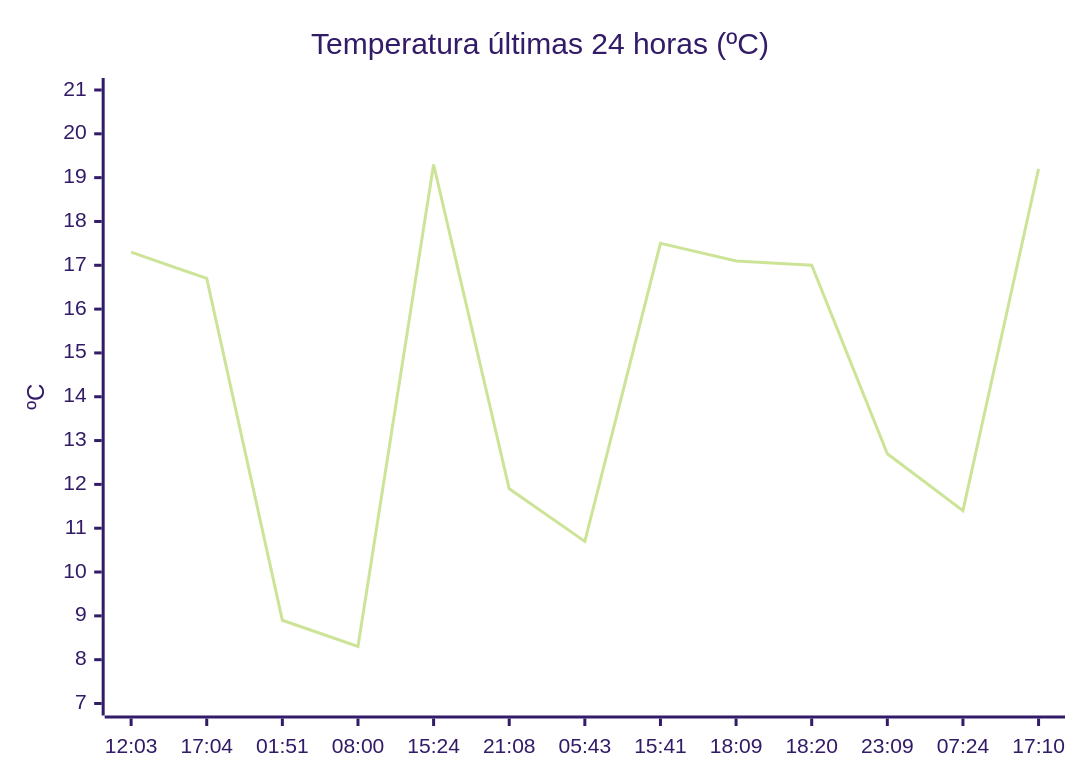
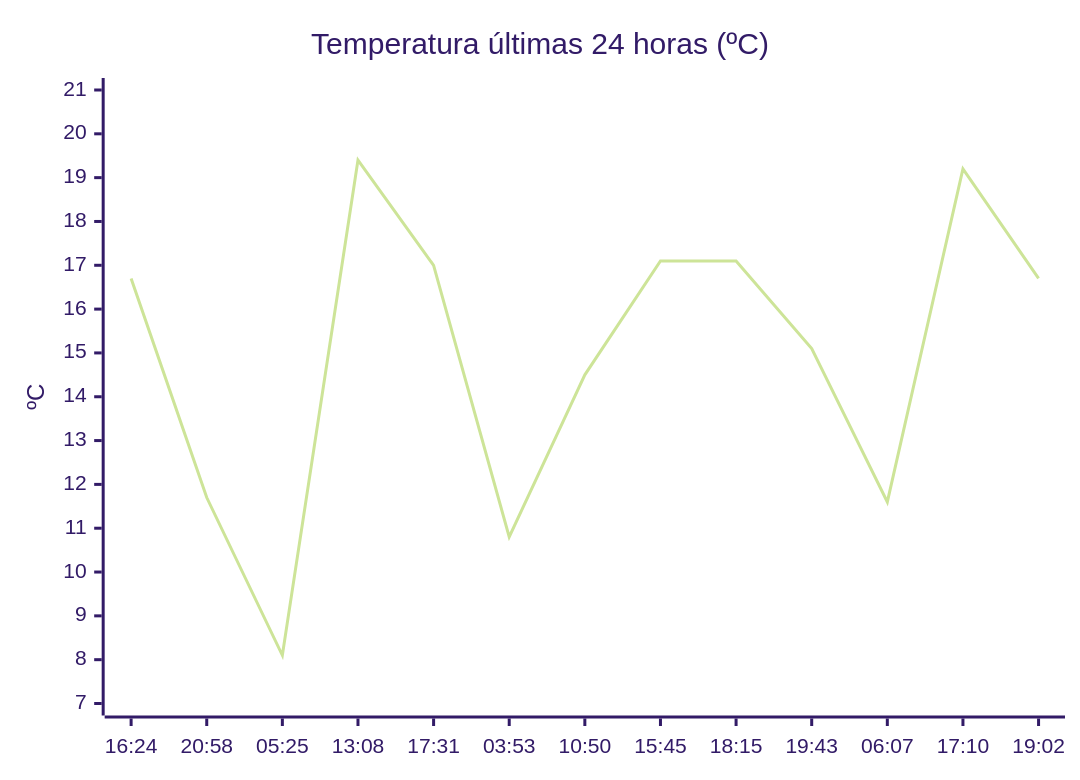
One commit to solidsnk86/rem-scrap changed the diagram in README.md. Above: the diagram before and after it, drawn with Mermaid (forest theme). The commit also changed other lines of this file, not shown here.

````diff
--- a/README.md
+++ b/README.md
@@ -36,7 +36,7 @@
 ```mermaid
 xychart-beta
     title "Temperatura últimas 24 horas (ºC)"
-    x-axis ["12:03", "17:04", "01:51", "08:00", "15:24", "21:08", "05:43", "15:41", "18:09", "18:20", "23:09", "07:24", "17:10"]
+    x-axis ["16:24", "20:58", "05:25", "13:08", "17:31", "03:53", "10:50", "15:45", "18:15", "19:43", "06:07", "17:10", "19:02"]
     y-axis "ºC" 7 --> 21
-    line [17.3, 16.7, 8.9, 8.3, 19.3, 11.9, 10.7, 17.5, 17.1, 17, 12.7, 11.4, 19.2]
+    line [16.7, 11.7, 8.1, 19.4, 17, 10.8, 14.5, 17.1, 17.1, 15.1, 11.6, 19.2, 16.7]
 ```
````
